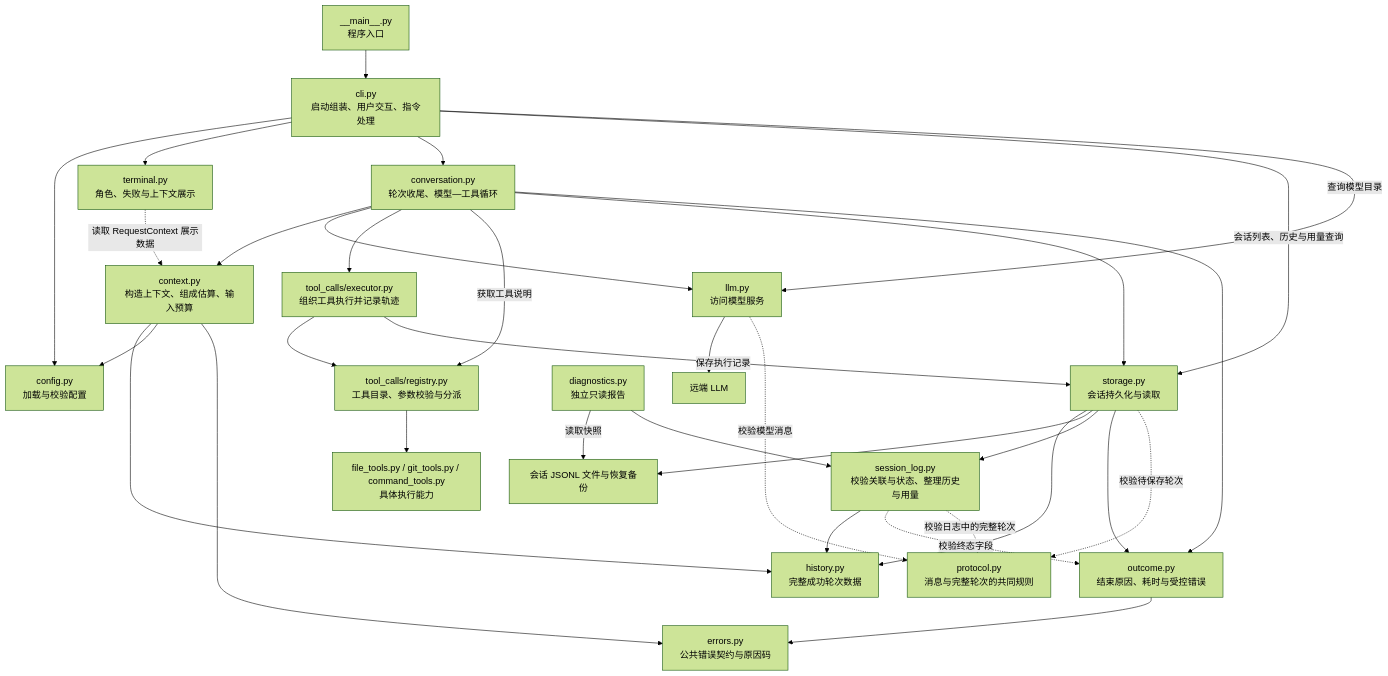
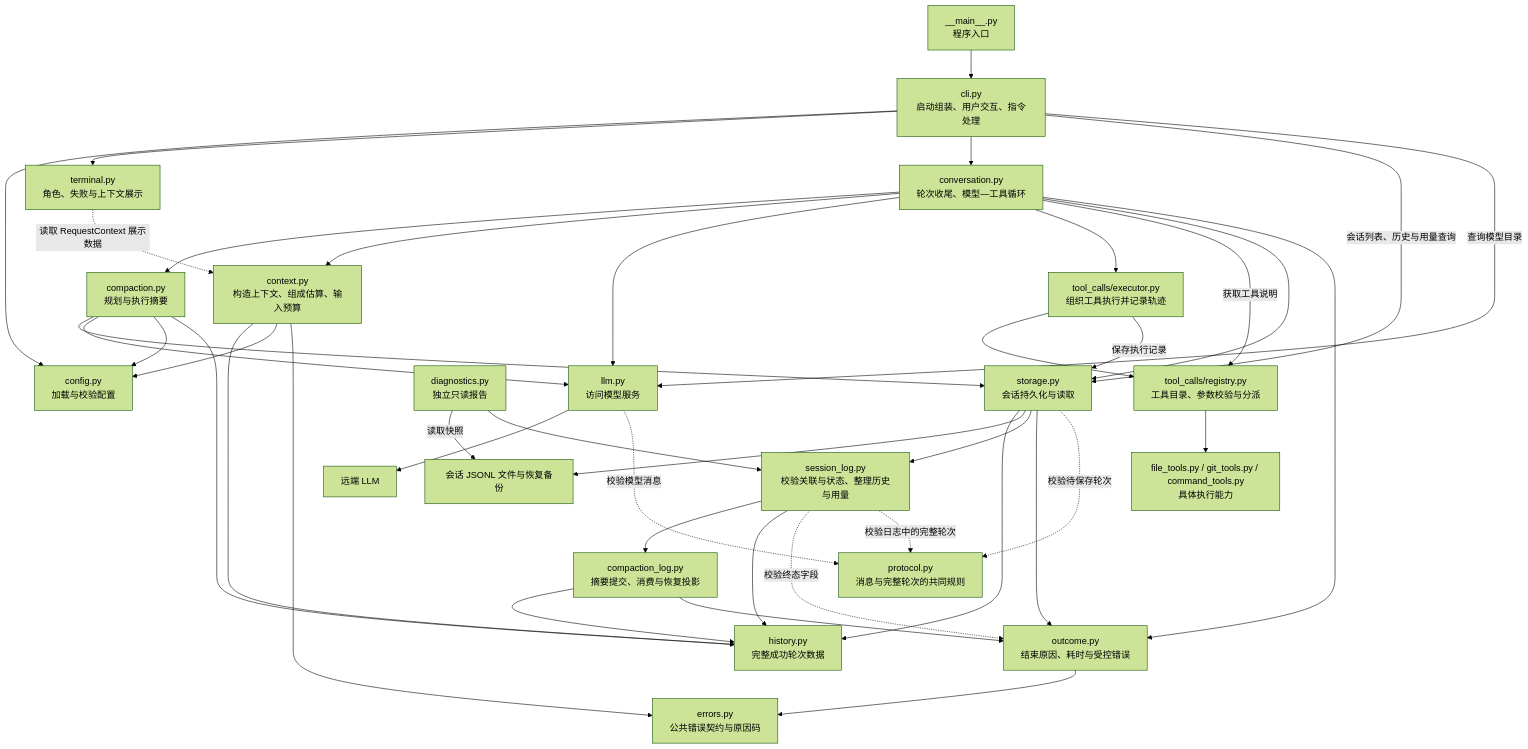
Before and after one commit to Plvltra/AdamAgent: the first of 3 diagrams in docs/architecture.md, drawn with Mermaid (forest theme). The commit also changed other lines of this file and 24 other files, not shown here.

````diff
--- a/docs/architecture.md
+++ b/docs/architecture.md
@@ -15,38 +15,46 @@
 ```mermaid
 flowchart TD
     ENTRY["__main__.py<br/>程序入口"] --> CLI["cli.py<br/>启动组装、用户交互、指令处理"]
     CLI --> CONFIG["config.py<br/>加载与校验配置"]
     CLI --> TERMINAL["terminal.py<br/>角色、失败与上下文展示"]
     CLI --> CONV["conversation.py<br/>轮次收尾、模型—工具循环"]
     CLI -->|"会话列表、历史与用量查询"| STORE["storage.py<br/>会话持久化与读取"]
 
+    CONV --> COMPACT["compaction.py<br/>规划与执行摘要"]
+    COMPACT --> STORE
+    COMPACT --> LLM
+    COMPACT --> CONFIG
+    COMPACT --> HISTORY
+    LOG --> CLOG["compaction_log.py<br/>摘要提交、消费与恢复投影"]
+    CLOG --> HISTORY
+    CLOG --> OUTCOME
     CONV --> CONTEXT["context.py<br/>构造上下文、组成估算、输入预算"]
     CONTEXT --> HISTORY["history.py<br/>完整成功轮次数据"]
     STORE --> HISTORY
     LOG --> HISTORY
     CONTEXT --> CONFIG
     CONTEXT --> ERROR
     TERMINAL -.->|"读取 RequestContext 展示数据"| CONTEXT
     CONV --> LLM["llm.py<br/>访问模型服务"]
     CLI -->|"查询模型目录"| LLM
     LLM --> API["远端 LLM"]
     CONV --> EXEC["tool_calls/executor.py<br/>组织工具执行并记录轨迹"]
     CONV -->|"获取工具说明"| REG["tool_calls/registry.py<br/>工具目录、参数校验与分派"]
     EXEC --> REG
     REG --> TOOLS["file_tools.py / git_tools.py / command_tools.py<br/>具体执行能力"]
 
     CONV --> STORE
     EXEC -->|"保存执行记录"| STORE
     STORE --> FILE["会话 JSONL 文件与恢复备份"]
     DIAG["diagnostics.py<br/>独立只读报告"] -->|读取快照| FILE
     DIAG --> LOG
     STORE --> LOG["session_log.py<br/>校验关联与状态、整理历史与用量"]
     CONV --> OUTCOME["outcome.py<br/>结束原因、耗时与受控错误"]
     STORE --> OUTCOME
     LOG -.->|"校验终态字段"| OUTCOME
     OUTCOME --> ERROR["errors.py<br/>公共错误契约与原因码"]
 
     LLM -.->|"校验模型消息"| PROTOCOL["protocol.py<br/>消息与完整轮次的共同规则"]
     STORE -.->|"校验待保存轮次"| PROTOCOL
     LOG -.->|"校验日志中的完整轮次"| PROTOCOL
 ```
````
